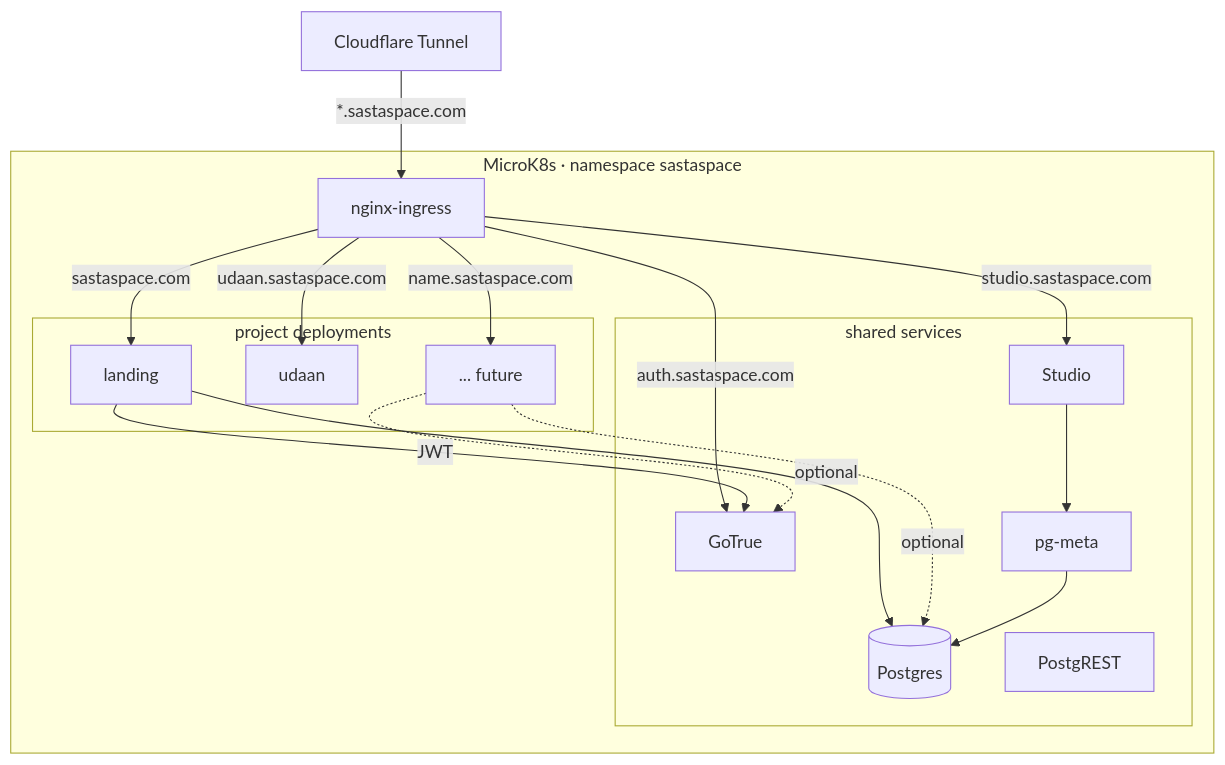
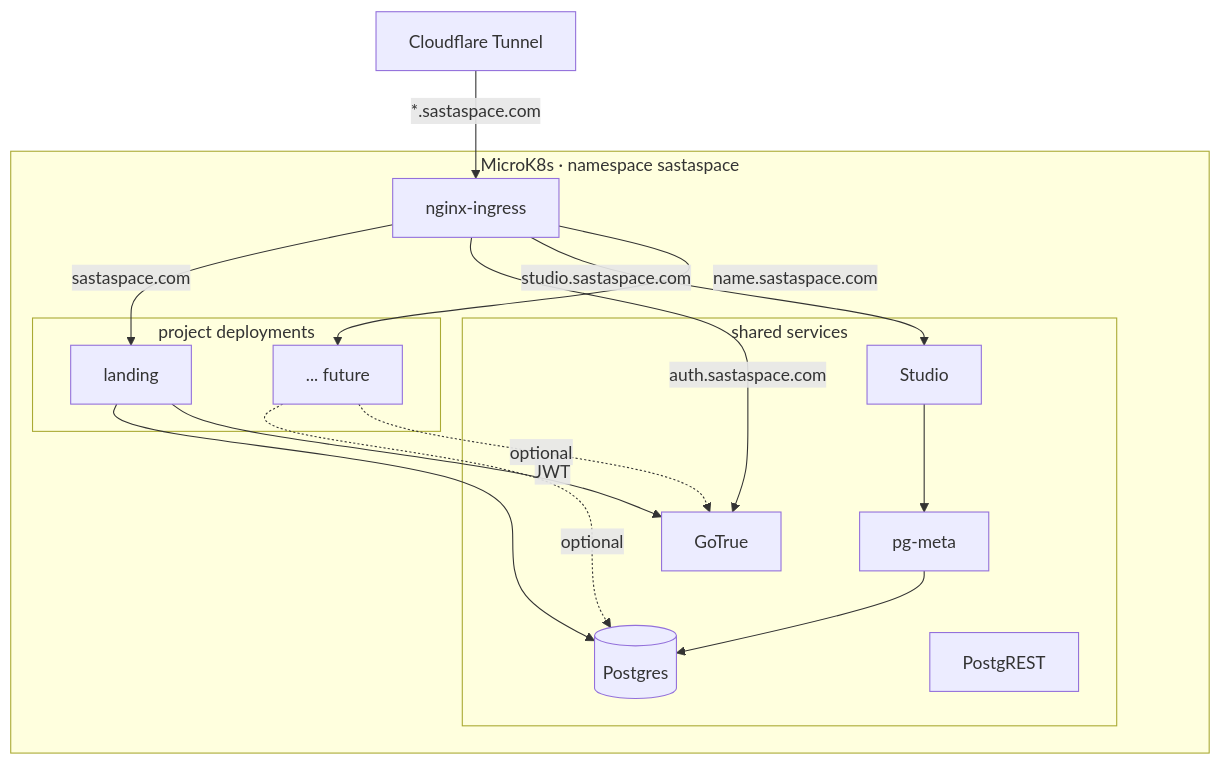
One commit to themohitkhare/sastaspace changed the diagram in CLAUDE.md. Above: the diagram before and after it, drawn with Mermaid. The commit also changed other lines of this file and 93 other files, not shown here.

````diff
--- a/CLAUDE.md
+++ b/CLAUDE.md
@@ -231,30 +230,28 @@
 ```mermaid
 graph TD
     CF[Cloudflare Tunnel]
     subgraph mk8s [MicroK8s · namespace sastaspace]
         ING[nginx-ingress]
         subgraph shared [shared services]
             PG[(Postgres)]
             PGR[PostgREST]
             GT[GoTrue]
             ST[Studio]
             PM[pg-meta]
         end
         subgraph proj [project deployments]
             LAND[landing]
-            UD[udaan]
             APPn[... future]
         end
     end
     CF -->|*.sastaspace.com| ING
     ING -->|sastaspace.com| LAND
     ING -->|auth.sastaspace.com| GT
     ING -->|studio.sastaspace.com| ST
-    ING -->|udaan.sastaspace.com| UD
     ING -->|name.sastaspace.com| APPn
     LAND --> PG
     APPn -.optional.-> PG
     LAND -->|JWT| GT
     APPn -.optional.-> GT
     ST --> PM --> PG
 ```
````
